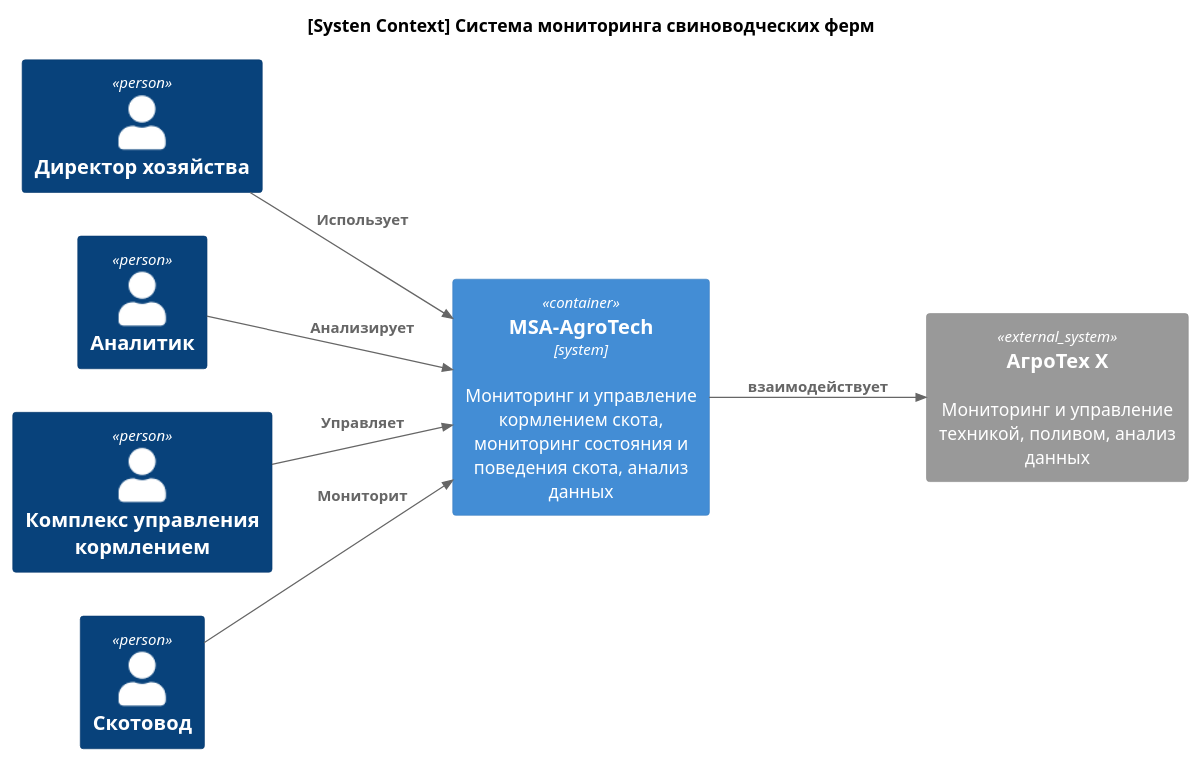
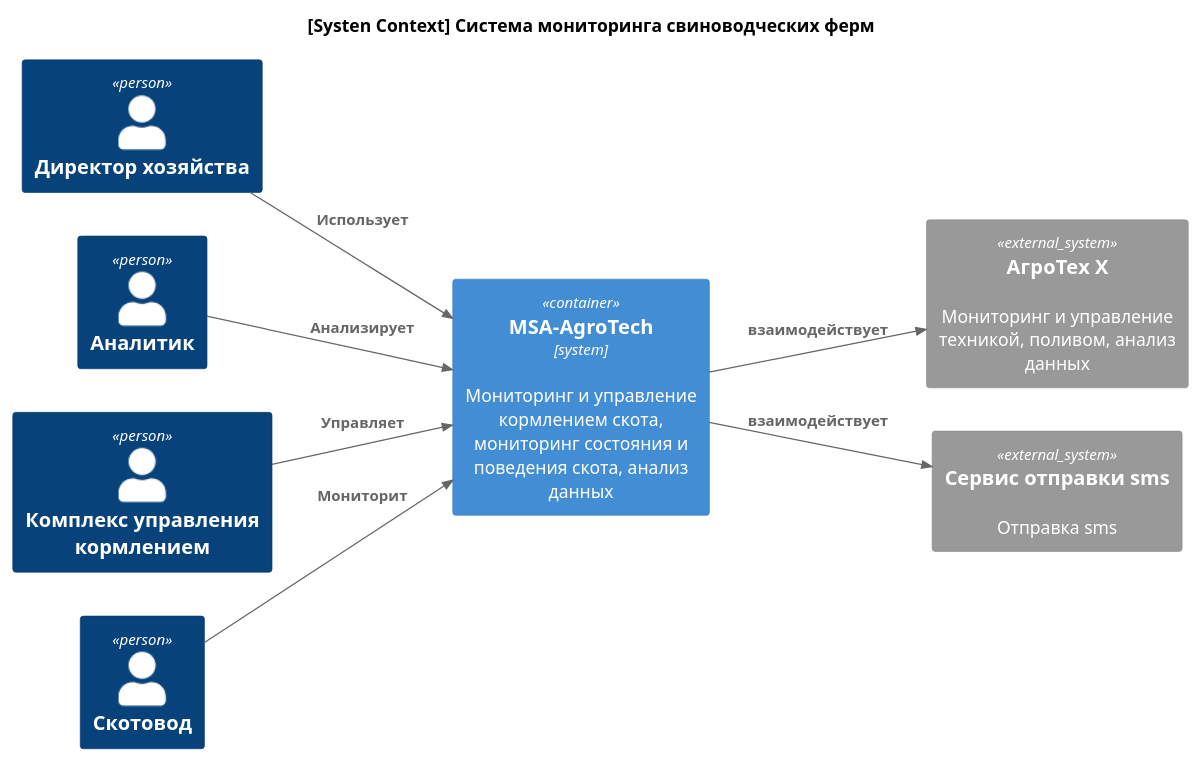
Before and after one commit to brazn1986/MSA-AgroTech: the diagram in Task1/C1-alternative.puml, drawn with PlantUML. The commit also changed 17 other files, not shown here.

```diff
--- a/Task1/C1-alternative.puml
+++ b/Task1/C1-alternative.puml
@@ -1,26 +1,28 @@
 @startuml
  !include https://raw.githubusercontent.com/plantuml-stdlib/C4-PlantUML/master/C4_Container.puml
 
  LAYOUT_LANDSCAPE()
 
  title
   <b>[Systen Context] Система мониторинга свиноводческих ферм</b>
  end title
 
  Person(prod_owner, "Директор хозяйства")
  Person(analytic, "Аналитик")
  Person(feed_mng, "Комплекс управления кормлением")
  Person(animal_watcher, "Скотовод")
 
  Container(msa_agrotech_system, "MSA-AgroTech", "system", "Мониторинг и управление кормлением скота, мониторинг состояния и поведения скота, анализ данных")
   
  Rel(prod_owner, msa_agrotech_system, "Использует")
  Rel(analytic, msa_agrotech_system, "Анализирует")
  Rel(feed_mng, msa_agrotech_system, "Управляет")
  Rel(animal_watcher, msa_agrotech_system, "Мониторит")
 
  System_Ext(agrotech_system, "АгроТех Х", "Мониторинг и управление техникой, поливом, анализ данных ")
+ System_Ext(sms_service, "Сервис отправки sms", "Отправка sms")
 
  Rel(msa_agrotech_system, agrotech_system, "взаимодействует" )
+ Rel(msa_agrotech_system, sms_service, "взаимодействует" )
 
  @enduml
```
